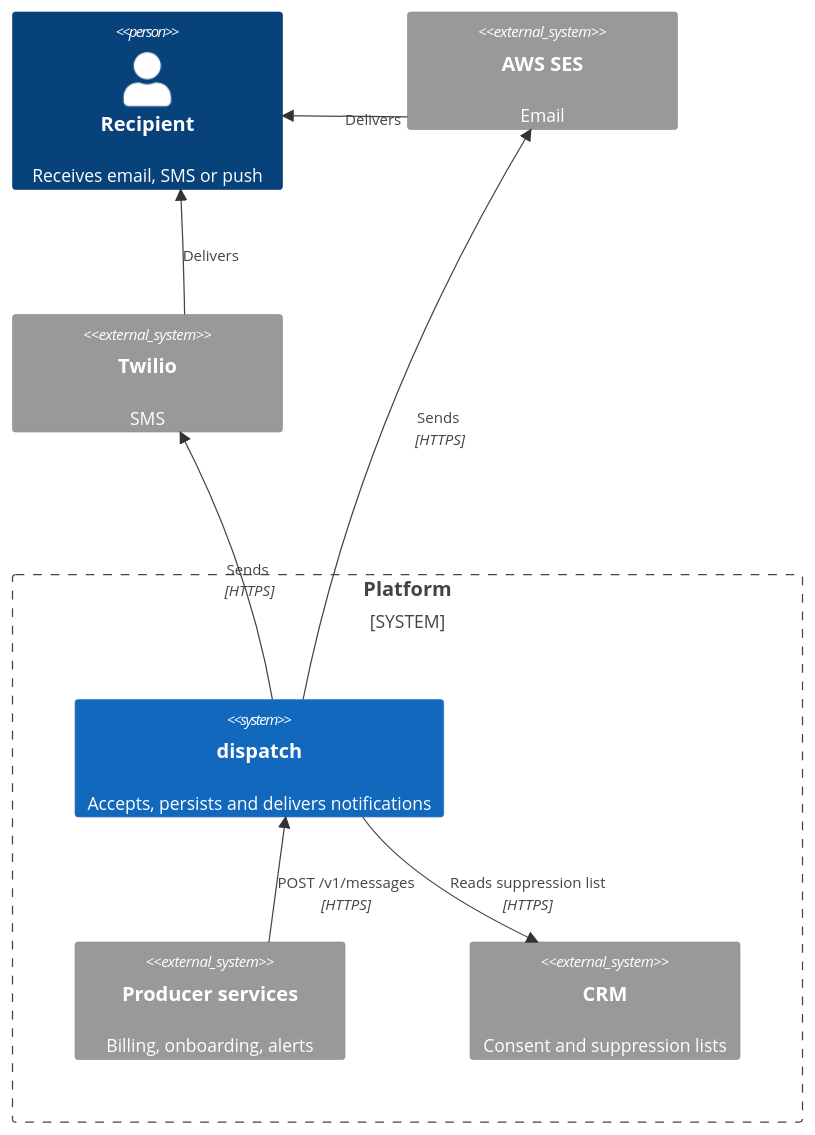
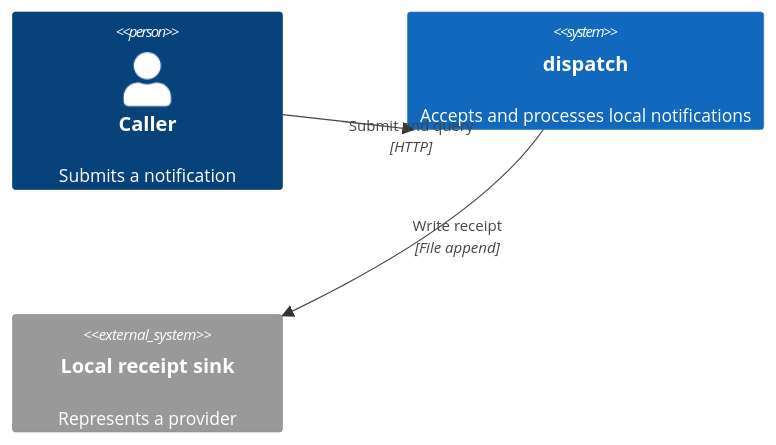
One commit to skippednote/axelerant-documentation-skill-reference changed the first of 3 diagrams in sample/dispatch/docs/explanation/architecture.md. Above: the diagram before and after it, drawn with Mermaid. The commit also changed other lines of this file and 93 other files, not shown here.

````diff
--- a/sample/dispatch/docs/explanation/architecture.md
+++ b/sample/dispatch/docs/explanation/architecture.md
@@ -16,17 +15,8 @@
 ```mermaid
 C4Context
-  Person(recipient, "Recipient", "Receives email, SMS or push")
-  System_Boundary(b, "Platform") {
-    System(dispatch, "dispatch", "Accepts, persists and delivers notifications")
-    System_Ext(producers, "Producer services", "Billing, onboarding, alerts")
-    System_Ext(crm, "CRM", "Consent and suppression lists")
-  }
-  System_Ext(ses, "AWS SES", "Email")
-  System_Ext(twilio, "Twilio", "SMS")
-  Rel(producers, dispatch, "POST /v1/messages", "HTTPS")
-  Rel(dispatch, crm, "Reads suppression list", "HTTPS")
-  Rel(dispatch, ses, "Sends", "HTTPS")
-  Rel(dispatch, twilio, "Sends", "HTTPS")
-  Rel(ses, recipient, "Delivers")
-  Rel(twilio, recipient, "Delivers")
+  Person(caller, "Caller", "Submits a notification")
+  System(dispatch, "dispatch", "Accepts and processes local notifications")
+  System_Ext(sink, "Local receipt sink", "Represents a provider")
+  Rel(caller, dispatch, "Submit and query", "HTTP")
+  Rel(dispatch, sink, "Write receipt", "File append")
 ```
````
